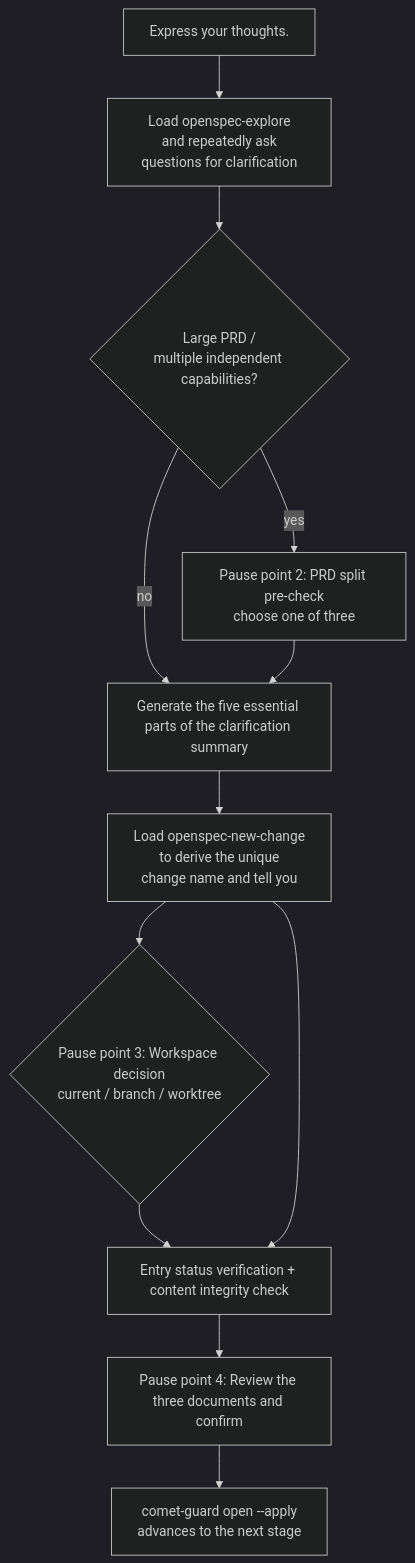
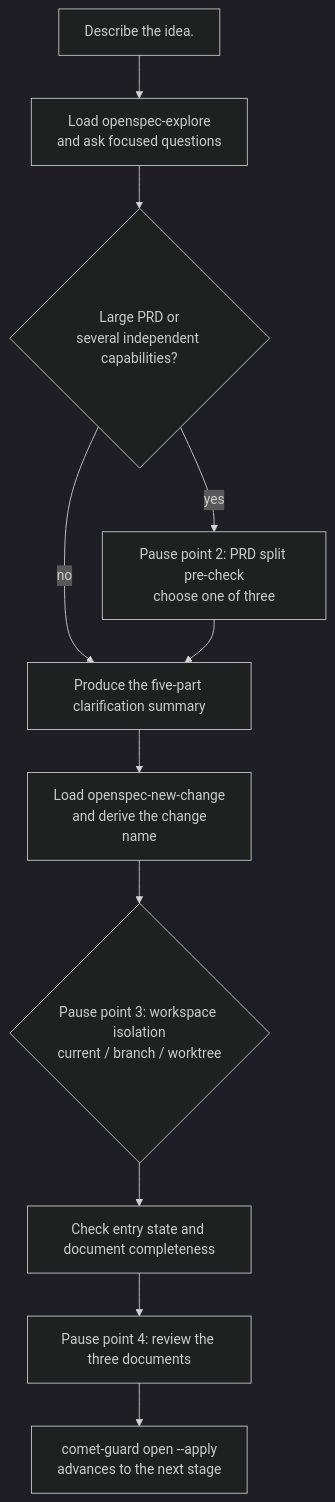
Before and after one commit to rpamis/comet-website-docs: the diagram in en/phases/open.mdx, drawn with Mermaid (dark theme). The commit also changed other lines of this file and 51 other files, not shown here.

````diff
--- a/en/phases/open.mdx
+++ b/en/phases/open.mdx
@@ -57,14 +57,13 @@
 ```mermaid
 flowchart TD
-    Start["Express your thoughts."] --> S1["Load openspec-explore<br/> and repeatedly ask questions for clarification"]
-    S1 --> S1a{"Large PRD /<br/>multiple independent capabilities?"}
+    Start["Describe the idea."] --> S1["Load openspec-explore<br/> and ask focused questions"]
+    S1 --> S1a{"Large PRD or<br/>several independent capabilities?"}
     S1a -->|yes| Stop1["Pause point 2: PRD split pre-check<br/>choose one of three"]
-    S1a -->|no| S1sum["Generate the five essential parts of the clarification summary"]
+    S1a -->|no| S1sum["Produce the five-part clarification summary"]
     Stop1 --> S1sum
-    S1sum --> S2["Load openspec-new-change<br/> to derive the unique change name and tell you"]
-    S2 --> S2b{"Pause point 3: Workspace decision<br/>current / branch / worktree"}
-    S2b --> S3["Entry status verification + content integrity check"]
-    S2 --> S3["Entry status verification + content integrity check"]
-    S3 --> Stop4["Pause point 4: Review the three documents and confirm"]
+    S1sum --> S2["Load openspec-new-change<br/> and derive the change name"]
+    S2 --> S2b{"Pause point 3: workspace isolation<br/>current / branch / worktree"}
+    S2b --> S3["Check entry state and document completeness"]
+    S3 --> Stop4["Pause point 4: review the three documents"]
     Stop4 --> Exit["comet-guard open --apply<br/> advances to the next stage"]
 ```
````
